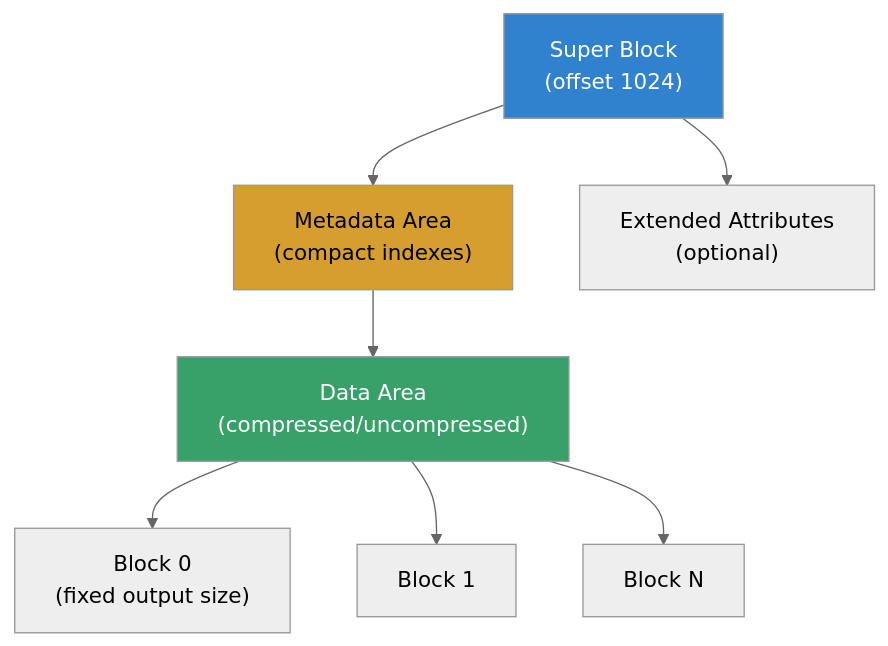
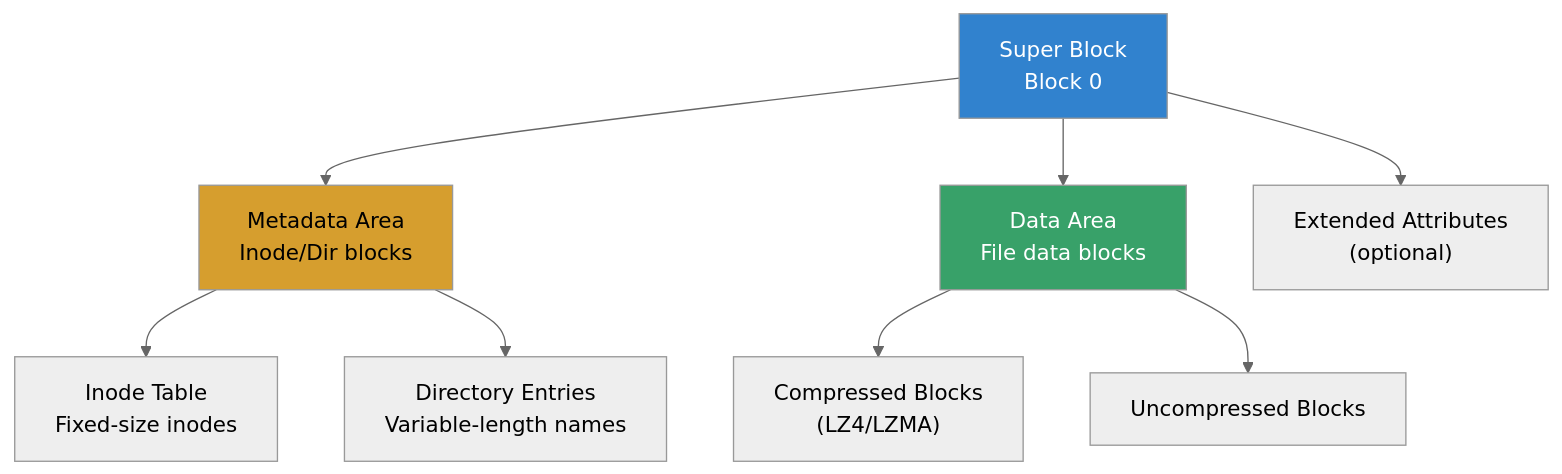
The first of 5 diagrams in src/kernel/filesystems/erofs.md (Abhinav-Kumar012/lb2), drawn with Mermaid (neutral theme) before and after one commit. The commit also changed other lines of this file and 16 other files, not shown here.

````diff
--- a/src/kernel/filesystems/erofs.md
+++ b/src/kernel/filesystems/erofs.md
@@ -42,13 +27,14 @@
 ```mermaid
 graph TD
-    SB["Super Block<br/>(offset 1024)"] --> META["Metadata Area<br/>(compact indexes)"]
-    META --> DATA["Data Area<br/>(compressed/uncompressed)"]
+    SB["Super Block<br/>Block 0"] --> META["Metadata Area<br/>Inode/Dir blocks"]
+    SB --> DATA["Data Area<br/>File data blocks"]
     SB --> XATTR["Extended Attributes<br/>(optional)"]
-    DATA --> BLK0["Block 0<br/>(fixed output size)"]
-    DATA --> BLK1["Block 1"]
-    DATA --> BLK2["Block N"]
+    META --> INODES["Inode Table<br/>Fixed-size inodes"]
+    META --> DIRS["Directory Entries<br/>Variable-length names"]
+    DATA --> COMP["Compressed Blocks<br/>(LZ4/LZMA)"]
+    DATA --> UNCOMP["Uncompressed Blocks"]
 
     style SB fill:#3182ce,color:#fff
     style META fill:#d69e2e,color:#000
     style DATA fill:#38a169,color:#fff
 ```
````
